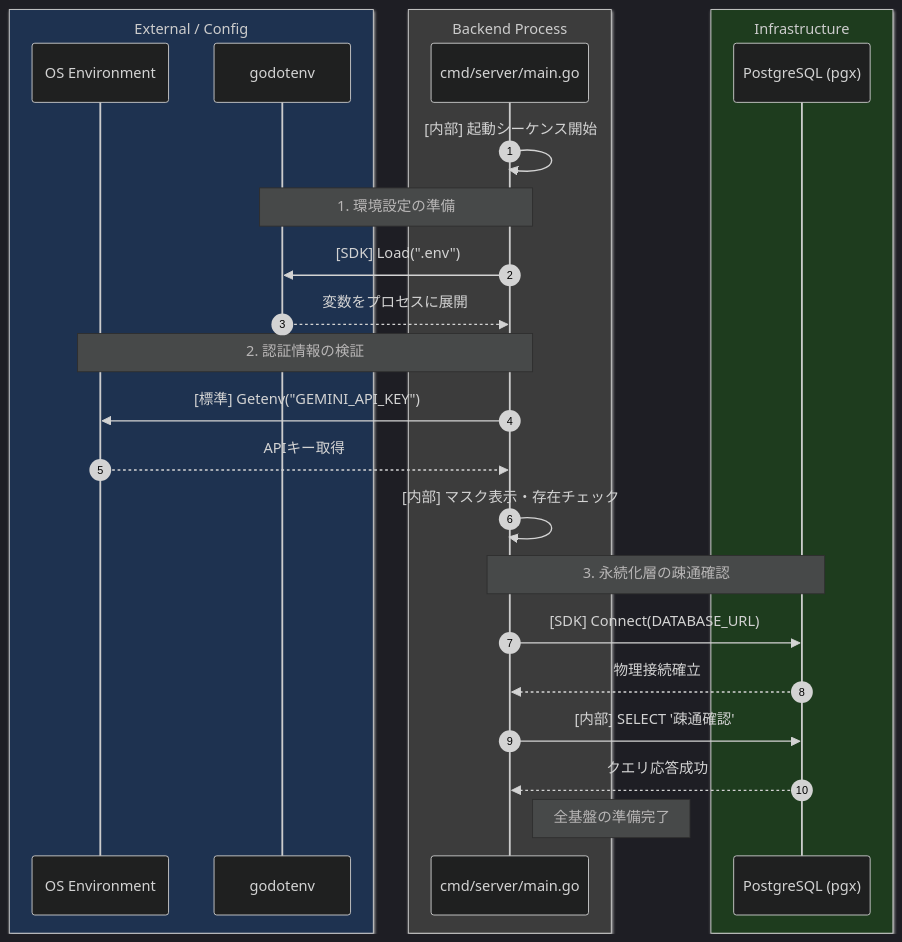
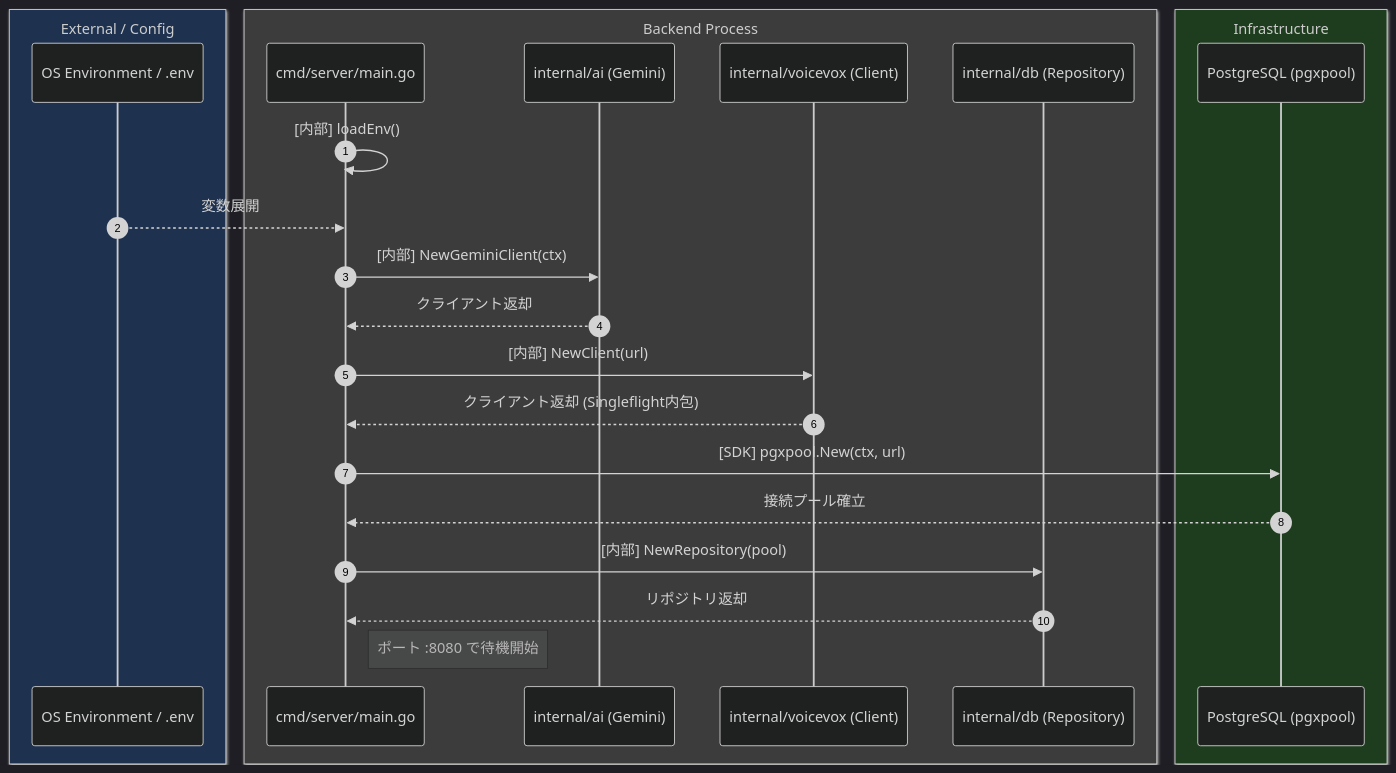
One commit to yuma25/AI-Radio-Room changed the first of 4 diagrams in docs/system_flow.md. Above: the diagram before and after it, drawn with Mermaid. The commit also changed other lines of this file, not shown here.

Commit message:
docs: update system flow diagrams to reflect multi-turn and studio monitor UI

````diff
--- a/docs/system_flow.md
+++ b/docs/system_flow.md
@@ -8,37 +8,37 @@
 ```mermaid
 %%{init: {'theme': 'dark', 'themeVariables': { 'primaryColor': '#333', 'primaryTextColor': '#fff', 'primaryBorderColor': '#777', 'lineColor': '#aaa', 'secondaryColor': '#444', 'tertiaryColor': '#222'}}}%%
 sequenceDiagram
     autonumber
     
     box rgb(30, 50, 80) External / Config
-        participant Env as OS Environment
-        participant DotEnv as godotenv
+        participant Env as OS Environment / .env
     end
     
     box rgb(60, 60, 60) Backend Process
         participant Main as cmd/server/main.go
+        participant AI as internal/ai (Gemini)
+        participant VV as internal/voicevox (Client)
+        participant DB as internal/db (Repository)
     end
     
     box rgb(30, 60, 30) Infrastructure
-        participant DB as PostgreSQL (pgx)
+        participant PG as PostgreSQL (pgxpool)
     end
 
-    Main->>Main: [内部] 起動シーケンス開始
+    Main->>Main: [内部] loadEnv()
+    Env-->>Main: 変数展開
     
-    Note over Main, DotEnv: 1. 環境設定の準備
-    Main->>DotEnv: [SDK] Load(".env")
-    DotEnv-->>Main: 変数をプロセスに展開
+    Main->>AI: [内部] NewGeminiClient(ctx)
+    AI-->>Main: クライアント返却
     
-    Note over Main, Env: 2. 認証情報の検証
-    Main->>Env: [標準] Getenv("GEMINI_API_KEY")
-    Env-->>Main: APIキー取得
-    Main->>Main: [内部] マスク表示・存在チェック
+    Main->>VV: [内部] NewClient(url)
+    VV-->>Main: クライアント返却 (Singleflight内包)
     
-    Note over Main, DB: 3. 永続化層の疎通確認
-    Main->>DB: [SDK] Connect(DATABASE_URL)
-    DB-->>Main: 物理接続確立
-    Main->>DB: [内部] SELECT '疎通確認'
-    DB-->>Main: クエリ応答成功
+    Main->>PG: [SDK] pgxpool.New(ctx, url)
+    PG-->>Main: 接続プール確立
     
-    Note right of Main: 全基盤の準備完了
+    Main->>DB: [内部] NewRepository(pool)
+    DB-->>Main: リポジトリ返却
+    
+    Note right of Main: ポート :8080 で待機開始
 ```
````
